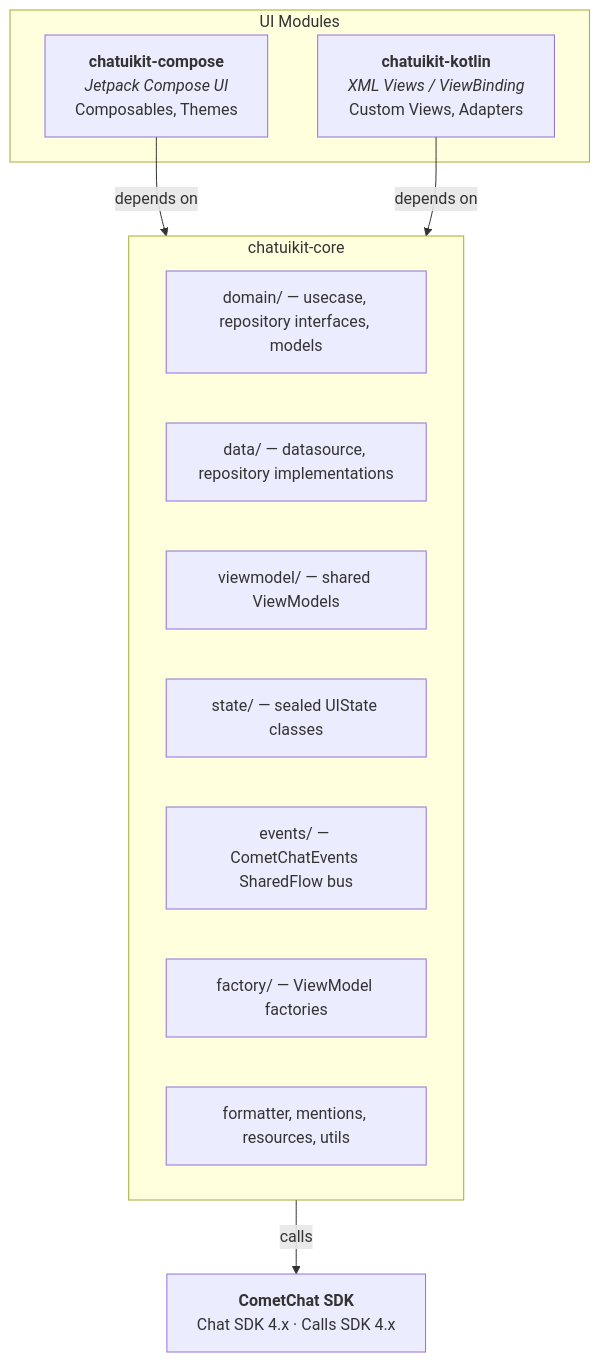
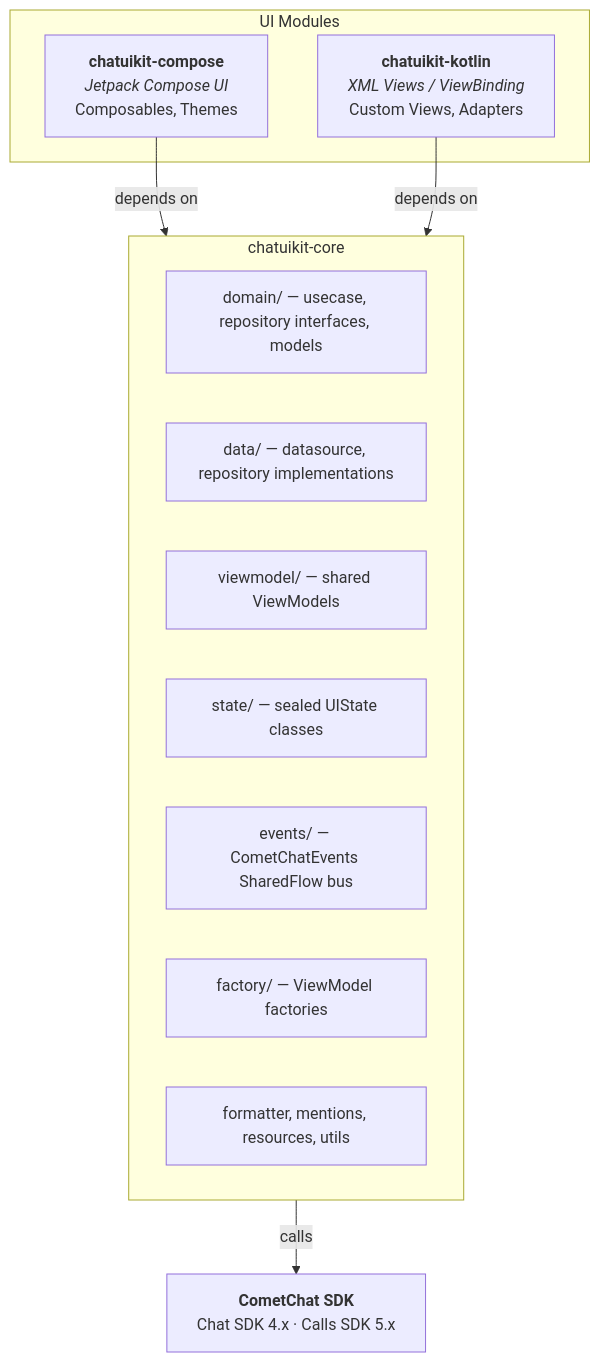
One commit to cometchat/docs changed the first of 6 diagrams in ui-kit/android/architecture-data-flow.mdx. Above: the diagram before and after it, drawn with Mermaid. The commit also changed 11 other files, not shown here.

````diff
--- a/ui-kit/android/architecture-data-flow.mdx
+++ b/ui-kit/android/architecture-data-flow.mdx
@@ -10,24 +10,24 @@
 ```mermaid
 graph TD
     subgraph UI["UI Modules"]
         A["<b>chatuikit-compose</b><br/><i>Jetpack Compose UI</i><br/>Composables, Themes"]
         B["<b>chatuikit-kotlin</b><br/><i>XML Views / ViewBinding</i><br/>Custom Views, Adapters"]
     end
 
     subgraph Core["chatuikit-core"]
         D["domain/ — usecase, repository interfaces, models"]
         E["data/ — datasource, repository implementations"]
         F["viewmodel/ — shared ViewModels"]
         G["state/ — sealed UIState classes"]
         H["events/ — CometChatEvents SharedFlow bus"]
         I["factory/ — ViewModel factories"]
         J["formatter, mentions, resources, utils"]
     end
 
-    K["<b>CometChat SDK</b><br/>Chat SDK 4.x · Calls SDK 4.x"]
+    K["<b>CometChat SDK</b><br/>Chat SDK 4.x · Calls SDK 5.x"]
 
     A -->|depends on| Core
     B -->|depends on| Core
     Core -->|calls| K
 
 ```
````
